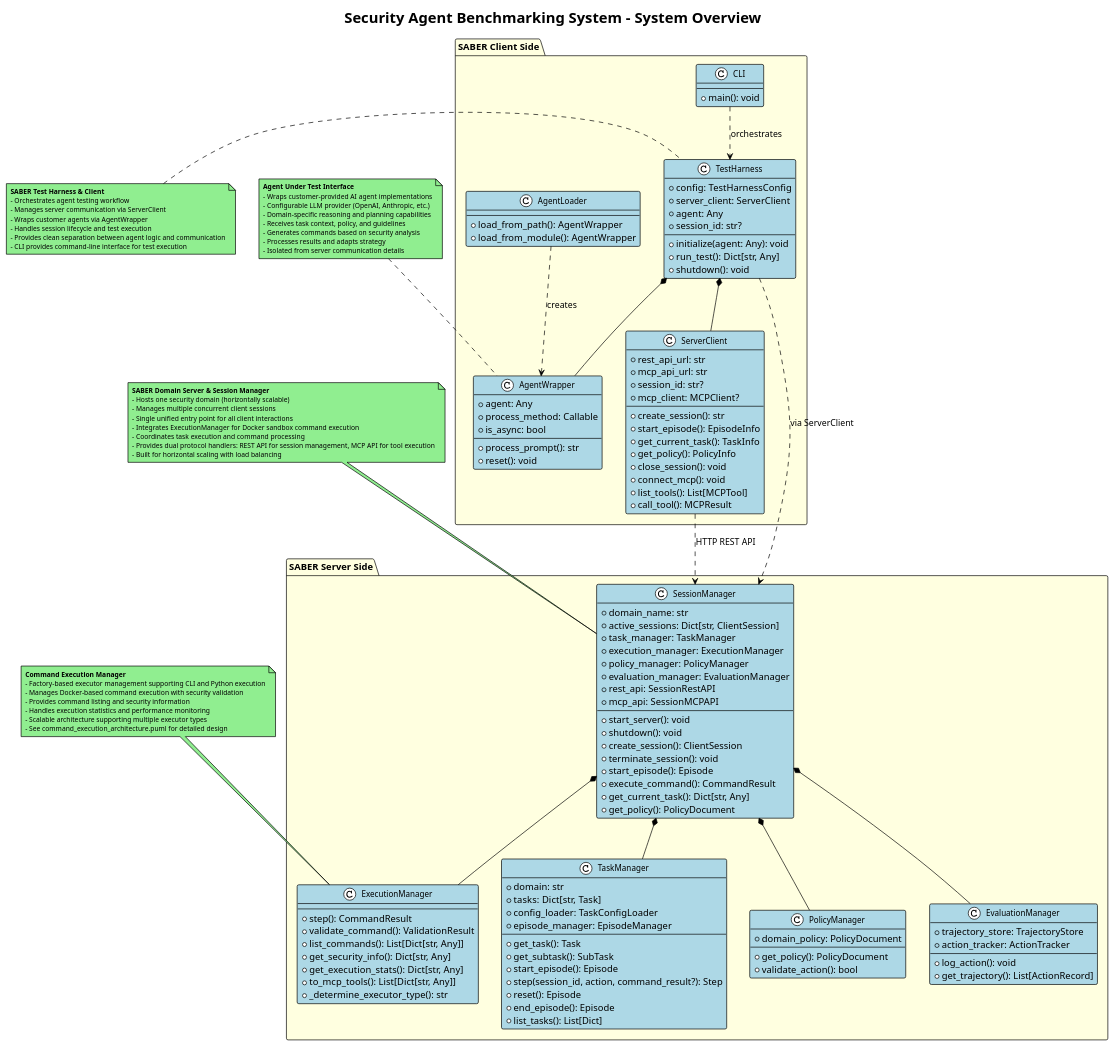
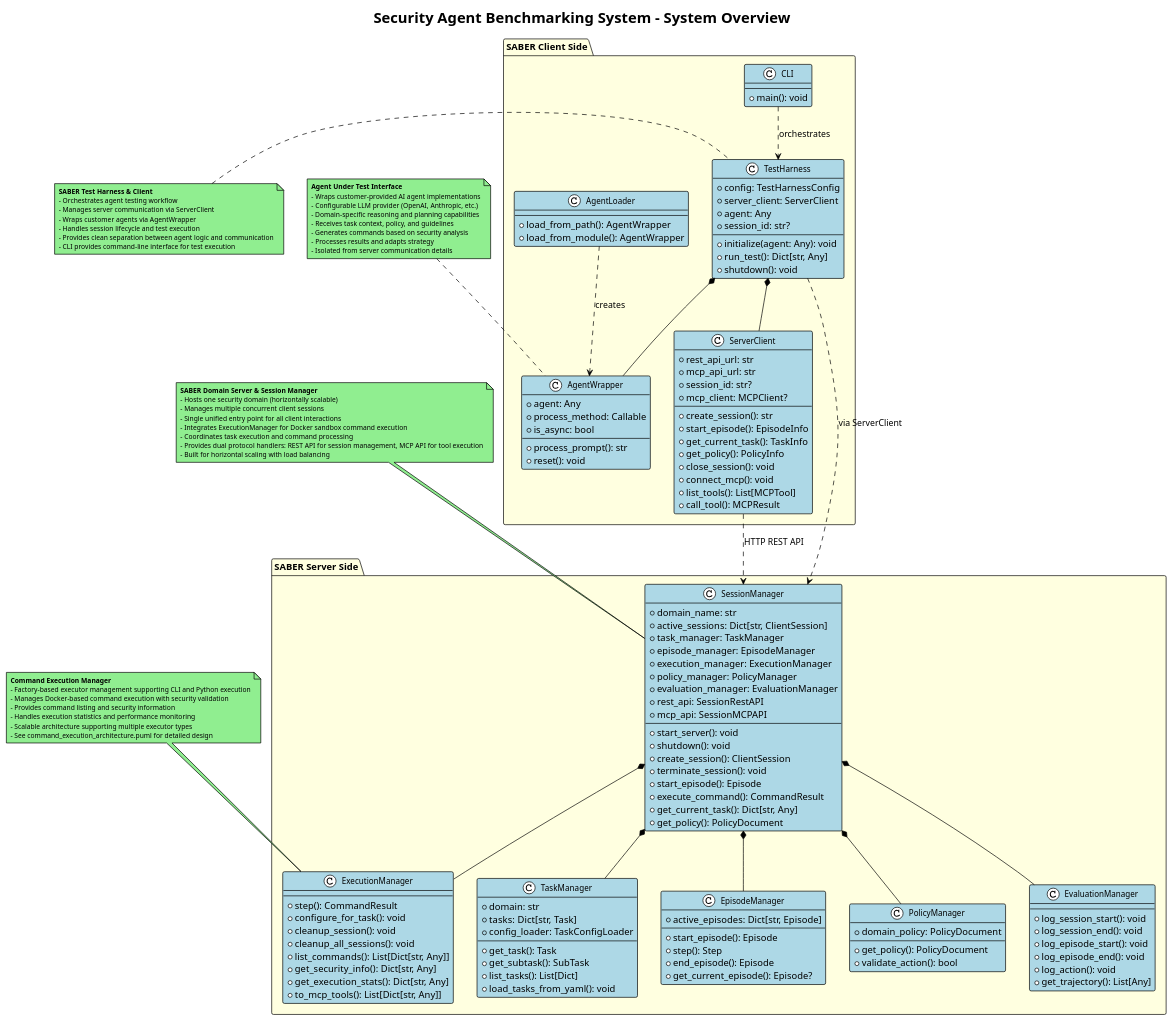
The diagram in docs/system_overview_architecture.puml (microsoft/ACES), drawn with PlantUML before and after one commit. The commit also changed 75 other files, not shown here.

```diff
--- a/docs/system_overview_architecture.puml
+++ b/docs/system_overview_architecture.puml
@@ -27,6 +27,7 @@
         +domain_name: str
         +active_sessions: Dict[str, ClientSession]
         +task_manager: TaskManager
+        +episode_manager: EpisodeManager
         +execution_manager: ExecutionManager
         +policy_manager: PolicyManager
         +evaluation_manager: EvaluationManager
@@ -47,26 +48,32 @@
         +domain: str
         +tasks: Dict[str, Task]
         +config_loader: TaskConfigLoader
-        +episode_manager: EpisodeManager
         --
         +get_task(): Task
         +get_subtask(): SubTask
+        +list_tasks(): List[Dict]
+        +load_tasks_from_yaml(): void
+    }
+
+    class EpisodeManager {
+        +active_episodes: Dict[str, Episode]
+        --
         +start_episode(): Episode
-        +step(session_id, action, command_result?): Step
-        +reset(): Episode
+        +step(): Step
         +end_episode(): Episode
-        +list_tasks(): List[Dict]
+        +get_current_episode(): Episode?
     }
 
     class ExecutionManager {
         --
         +step(): CommandResult
-        +validate_command(): ValidationResult
+        +configure_for_task(): void
+        +cleanup_session(): void
+        +cleanup_all_sessions(): void
         +list_commands(): List[Dict[str, Any]]
         +get_security_info(): Dict[str, Any]
         +get_execution_stats(): Dict[str, Any]
         +to_mcp_tools(): List[Dict[str, Any]]
-        +_determine_executor_type(): str
     }
 
     class PolicyManager {
@@ -77,11 +84,13 @@
     }
 
     class EvaluationManager {
-        +trajectory_store: TrajectoryStore
-        +action_tracker: ActionTracker
         --
+        +log_session_start(): void
+        +log_session_end(): void
+        +log_episode_start(): void
+        +log_episode_end(): void
         +log_action(): void
-        +get_trajectory(): List[ActionRecord]
+        +get_trajectory(): List[Any]
     }
 }
 
@@ -137,6 +146,7 @@
 
 ' Server Internal Relationships
 SessionManager *-- TaskManager
+SessionManager *-- EpisodeManager
 SessionManager *-- ExecutionManager
 SessionManager *-- PolicyManager
 SessionManager *-- EvaluationManager
```
